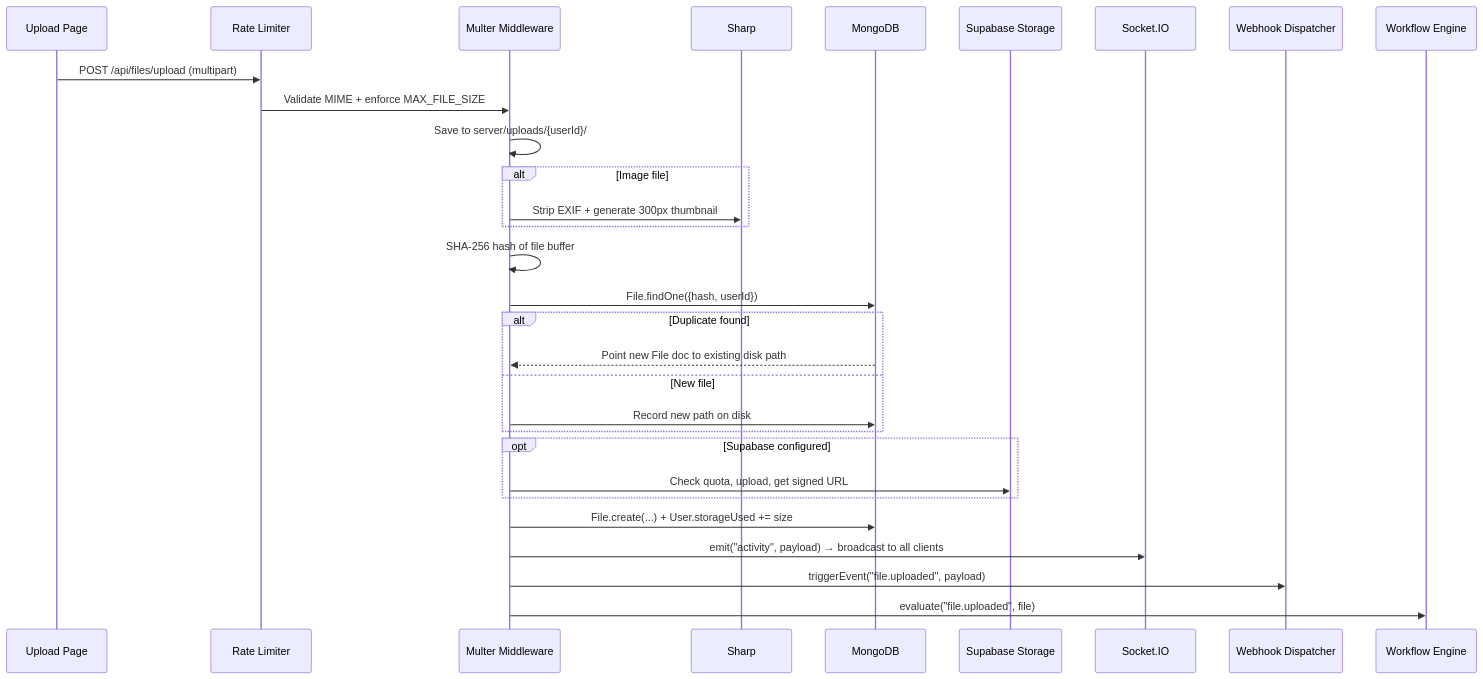
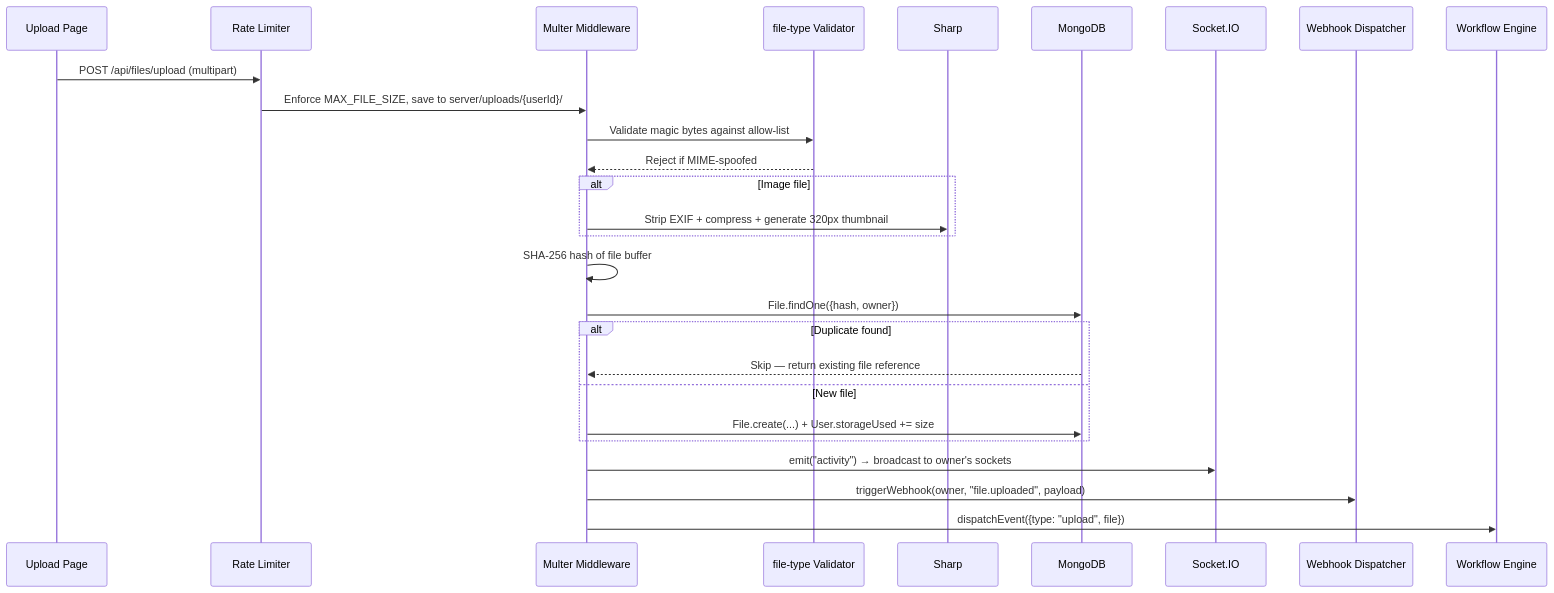
The fourth of 5 diagrams in README.md (kanhaiyaray/VaultFS-Enterprise-File-Management-System), drawn with Mermaid before and after one commit. The commit also changed other lines of this file, not shown here.

````diff
--- a/README.md
+++ b/README.md
@@ -605,33 +785,30 @@
 ```mermaid
 sequenceDiagram
     participant U as Upload Page
     participant RL as Rate Limiter
     participant M as Multer Middleware
+    participant V as file-type Validator
     participant S as Sharp
     participant DB as MongoDB
-    participant SB as Supabase Storage
     participant WS as Socket.IO
     participant WH as Webhook Dispatcher
     participant WF as Workflow Engine
 
     U->>RL: POST /api/files/upload (multipart)
-    RL->>M: Validate MIME + enforce MAX_FILE_SIZE
-    M->>M: Save to server/uploads/{userId}/
+    RL->>M: Enforce MAX_FILE_SIZE, save to server/uploads/{userId}/
+    M->>V: Validate magic bytes against allow-list
+    V-->>M: Reject if MIME-spoofed
     alt Image file
-        M->>S: Strip EXIF + generate 300px thumbnail
+        M->>S: Strip EXIF + compress + generate 320px thumbnail
     end
     M->>M: SHA-256 hash of file buffer
-    M->>DB: File.findOne({hash, userId})
+    M->>DB: File.findOne({hash, owner})
     alt Duplicate found
-        DB-->>M: Point new File doc to existing disk path
+        DB-->>M: Skip — return existing file reference
     else New file
-        M->>DB: Record new path on disk
+        M->>DB: File.create(...) + User.storageUsed += size
     end
-    opt Supabase configured
-        M->>SB: Check quota, upload, get signed URL
-    end
-    M->>DB: File.create(...) + User.storageUsed += size
-    M->>WS: emit("activity", payload) → broadcast to all clients
-    M->>WH: triggerEvent("file.uploaded", payload)
-    M->>WF: evaluate("file.uploaded", file)
+    M->>WS: emit("activity") → broadcast to owner's sockets
+    M->>WH: triggerWebhook(owner, "file.uploaded", payload)
+    M->>WF: dispatchEvent({type: "upload", file})
 ```
````
